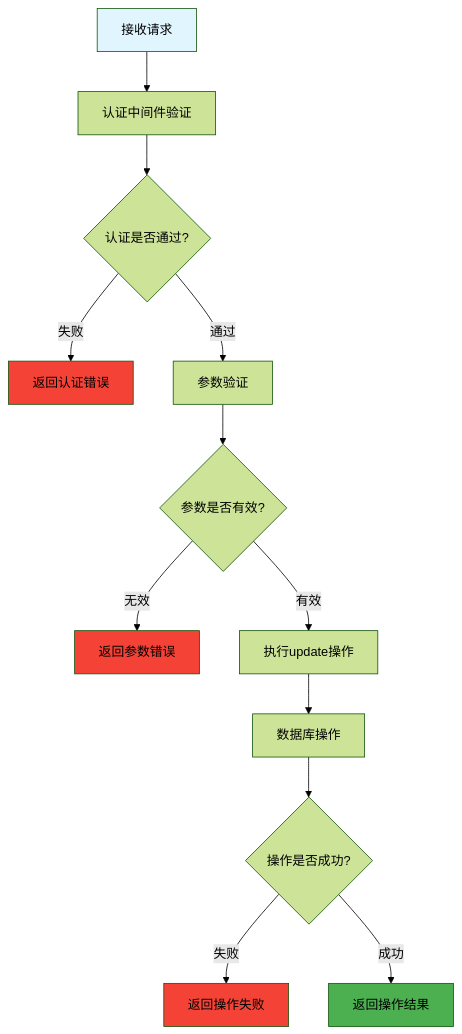
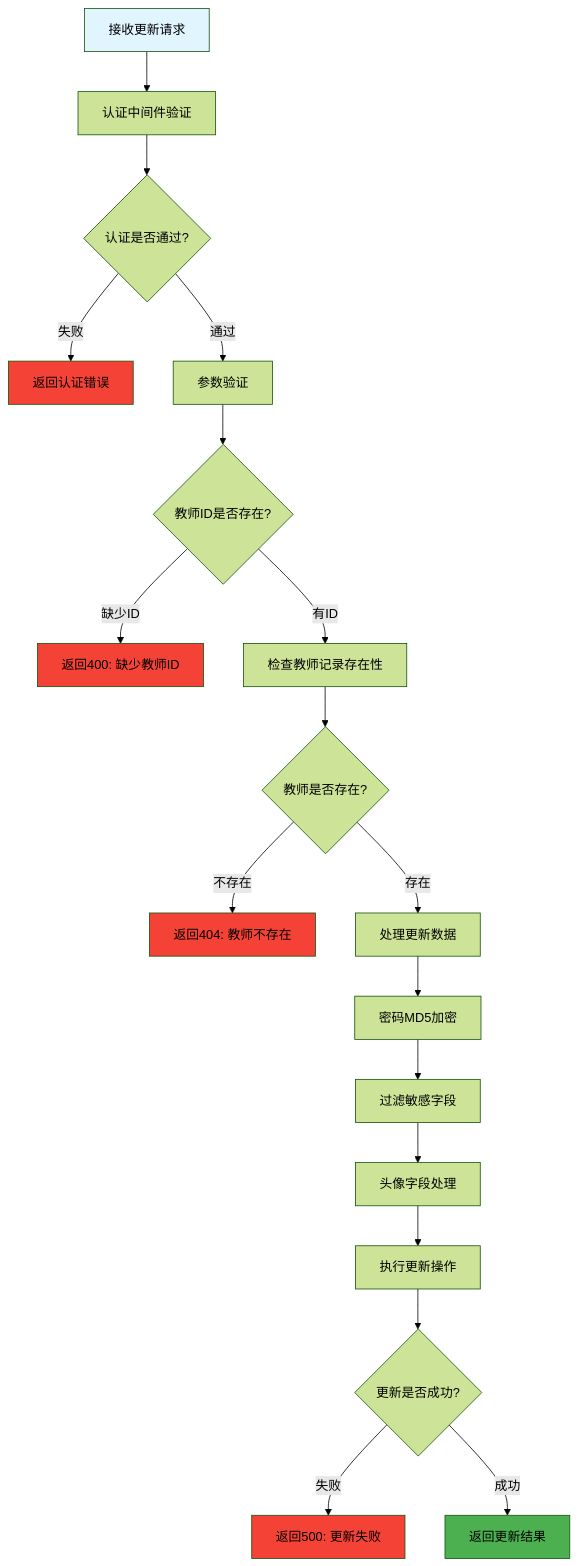
The diagram in ikanyue.mapi.hono/src/routes/teacher/update.js.md (imatrixme/ikanyue), drawn with Mermaid (forest theme) before and after one commit. The commit also changed other lines of this file and 10 other files, not shown here.

````diff
--- a/ikanyue.mapi.hono/src/routes/teacher/update.js.md
+++ b/ikanyue.mapi.hono/src/routes/teacher/update.js.md
@@ -8,20 +9,27 @@
 ```mermaid
 flowchart TD
-    A[接收请求] --> B[认证中间件验证]
+    A[接收更新请求] --> B[认证中间件验证]
     B --> C{认证是否通过?}
     C -->|失败| D[返回认证错误]
     C -->|通过| E[参数验证]
-    E --> F{参数是否有效?}
-    F -->|无效| G[返回参数错误]
-    F -->|有效| H[执行update操作]
-    H --> I[数据库操作]
-    I --> J{操作是否成功?}
-    J -->|失败| K[返回操作失败]
-    J -->|成功| L[返回操作结果]
-    
+    E --> F{教师ID是否存在?}
+    F -->|缺少ID| G[返回400: 缺少教师ID]
+    F -->|有ID| H[检查教师记录存在性]
+    H --> I{教师是否存在?}
+    I -->|不存在| J[返回404: 教师不存在]
+    I -->|存在| K[处理更新数据]
+    K --> L[密码MD5加密]
+    L --> M[过滤敏感字段]
+    M --> N[头像字段处理]
+    N --> O[执行更新操作]
+    O --> P{更新是否成功?}
+    P -->|失败| Q[返回500: 更新失败]
+    P -->|成功| R[返回更新结果]
+
     style A fill:#e1f5fe
-    style L fill:#4caf50
+    style R fill:#4caf50
     style D fill:#f44336
     style G fill:#f44336
-    style K fill:#f44336
+    style J fill:#f44336
+    style Q fill:#f44336
 ```
````
